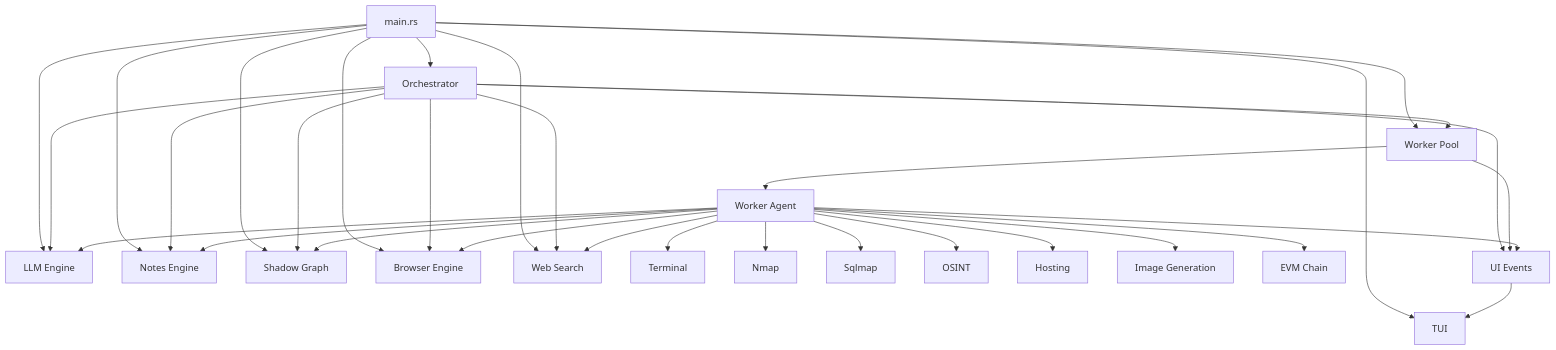
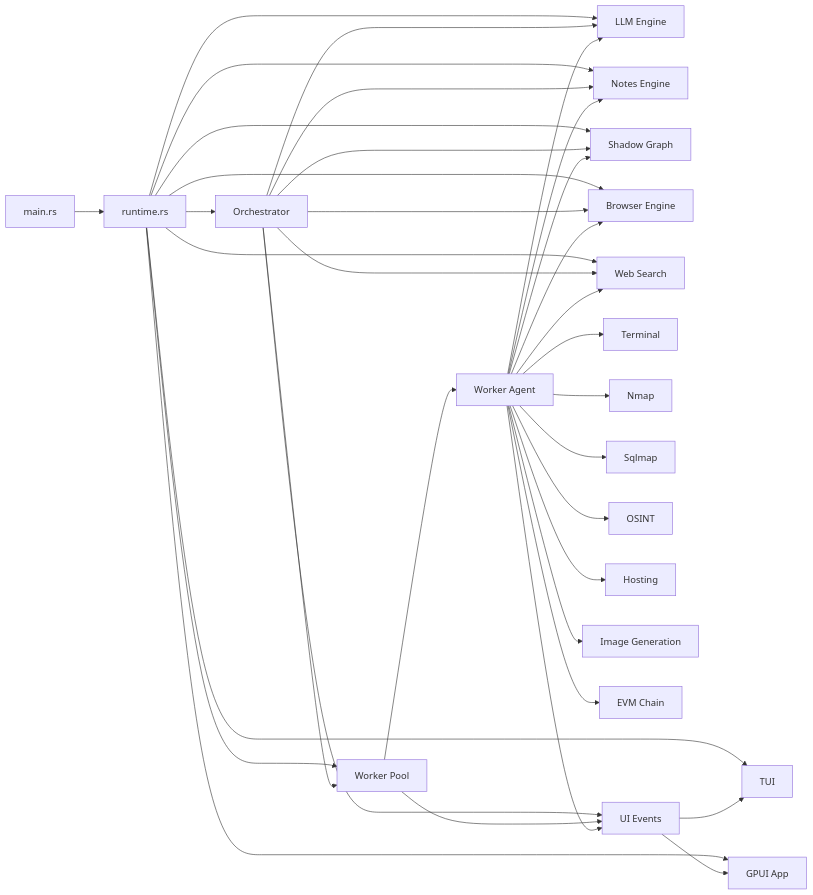
The first of 2 diagrams in ARCHITECTURE.md (Steake/SerpantOxide), drawn with Mermaid before and after one commit. The commit also changed other lines of this file and 25 other files, not shown here.

````diff
--- a/ARCHITECTURE.md
+++ b/ARCHITECTURE.md
@@ -16,37 +16,40 @@
 ```mermaid
-flowchart TD
-    A[main.rs] --> B[TUI]
-    A --> C[LLM Engine]
-    A --> D[Worker Pool]
-    A --> E[Notes Engine]
-    A --> F[Shadow Graph]
-    A --> G[Browser Engine]
-    A --> H[Web Search]
-    A --> I[Orchestrator]
+flowchart LR
+    A[main.rs] --> B[runtime.rs]
+    B --> C[TUI]
+    B --> D[GPUI App]
+    B --> E[LLM Engine]
+    B --> F[Worker Pool]
+    B --> G[Notes Engine]
+    B --> H[Shadow Graph]
+    B --> I[Browser Engine]
+    B --> J[Web Search]
+    B --> K[Orchestrator]
 
-    I --> C
-    I --> D
-    I --> E
-    I --> F
-    I --> G
-    I --> H
+    K --> E
+    K --> F
+    K --> G
+    K --> H
+    K --> I
+    K --> J
 
-    D --> J[Worker Agent]
-    J --> C
-    J --> E
-    J --> F
-    J --> G
-    J --> H
-    J --> K[Terminal]
-    J --> L[Nmap]
-    J --> M[Sqlmap]
-    J --> N[OSINT]
-    J --> O[Hosting]
-    J --> P[Image Generation]
-    J --> Q[EVM Chain]
+    F --> L[Worker Agent]
+    L --> E
+    L --> G
+    L --> H
+    L --> I
+    L --> J
+    L --> M[Terminal]
+    L --> N[Nmap]
+    L --> O[Sqlmap]
+    L --> P[OSINT]
+    L --> Q[Hosting]
+    L --> R[Image Generation]
+    L --> S[EVM Chain]
 
-    I --> R[UI Events]
-    D --> R
-    J --> R
-    R --> B
+    K --> T[UI Events]
+    F --> T
+    L --> T
+    T --> C
+    T --> D
 ```
````
